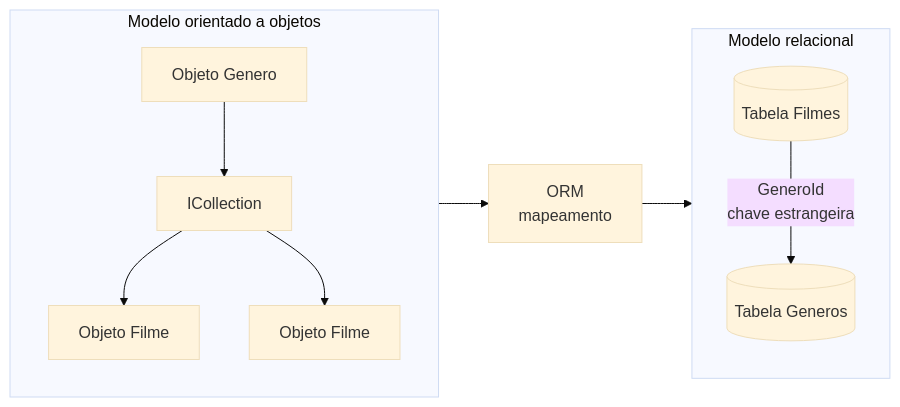
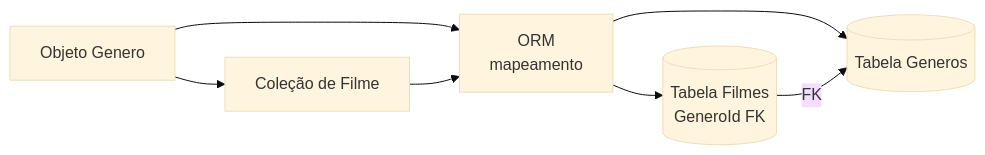
The second of 4 diagrams in 05. Desenvolvimento Web Back-End/05. Frameworks Web, MVC e mapeamento objeto-relacional.md (leorruas/puc), drawn with Mermaid (base theme) before and after one commit. The commit also changed other lines of this file, not shown here.

Commit message:
Normaliza Mermaid de MVC e Entity Framework Core

````diff
--- a/05. Desenvolvimento Web Back-End/05. Frameworks Web, MVC e mapeamento objeto-relacional.md
+++ b/05. Desenvolvimento Web Back-End/05. Frameworks Web, MVC e mapeamento objeto-relacional.md
@@ -294,23 +300,15 @@
 ```mermaid
 flowchart LR
-    subgraph OO ["Modelo orientado a objetos"]
-        G["Objeto Genero"]
-        C["ICollection<Filme>"]
-        F1["Objeto Filme"]
-        F2["Objeto Filme"]
+    Genero["Objeto Genero"]:::component
+    Filmes["Coleção de Filme"]:::component
+    ORM["ORM<br>mapeamento"]:::core
+    TGenero[("Tabela Generos")]:::data
+    TFilmes[("Tabela Filmes<br>GeneroId FK")]:::data
 
-        G --> C
-        C --> F1
-        C --> F2
-    end
-
-    ORM["ORM<br>mapeamento"]
-
-    subgraph Rel ["Modelo relacional"]
-        TG[("Tabela Generos")]
-        TF[("Tabela Filmes")]
-        TF -->|"GeneroId<br>chave estrangeira"| TG
-    end
-
-    OO --> ORM --> Rel
+    Genero --> Filmes
+    Genero --> ORM
+    Filmes --> ORM
+    ORM --> TGenero
+    ORM --> TFilmes
+    TFilmes -->|"FK"| TGenero
 ```
````
